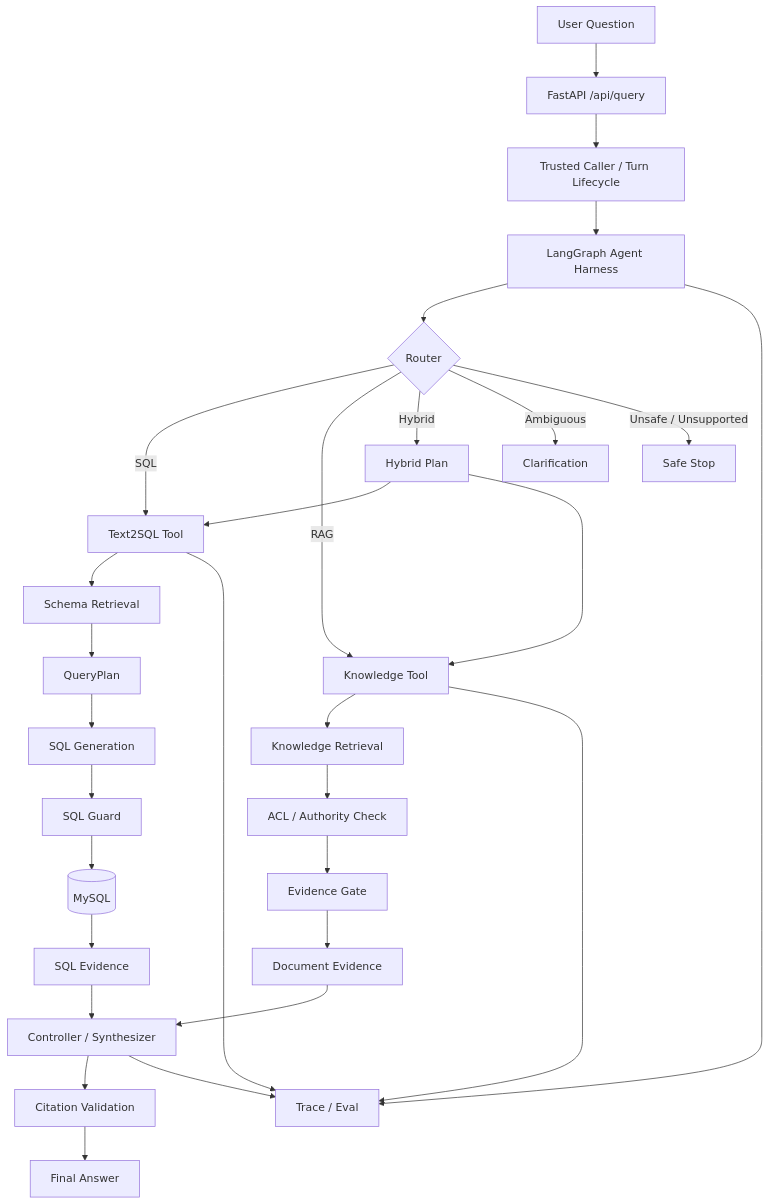
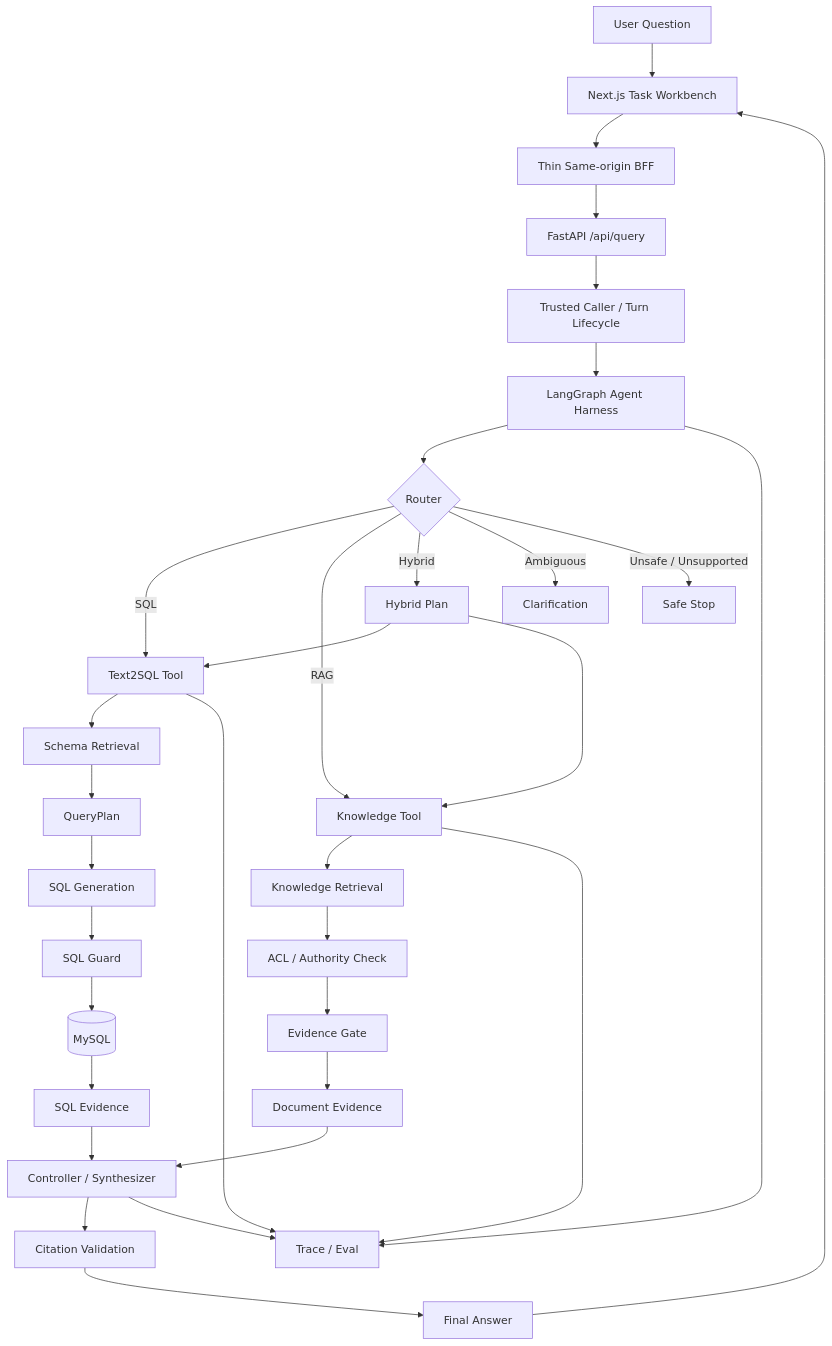
The diagram in README.md (Stephen2366/data-pilot), drawn with Mermaid before and after one commit. The commit also changed other lines of this file and 73 other files, not shown here.

````diff
--- a/README.md
+++ b/README.md
@@ -70,41 +74,44 @@
 ```mermaid
 flowchart TD
-    U[User Question] --> API[FastAPI /api/query]
+    U[User Question] --> WEB[Next.js Task Workbench]
+    WEB --> BFF[Thin Same-origin BFF]
+    BFF --> API[FastAPI /api/query]
 
     API --> C[Trusted Caller / Turn Lifecycle]
     C --> G[LangGraph Agent Harness]
 
     G --> R{Router}
 
     R -->|SQL| ST[Text2SQL Tool]
     R -->|RAG| KT[Knowledge Tool]
     R -->|Hybrid| HT[Hybrid Plan]
     R -->|Ambiguous| CL[Clarification]
     R -->|Unsafe / Unsupported| STOP[Safe Stop]
 
     ST --> SR[Schema Retrieval]
     SR --> QP[QueryPlan]
     QP --> SG[SQL Generation]
     SG --> GUARD[SQL Guard]
     GUARD --> DB[(MySQL)]
     DB --> SE[SQL Evidence]
 
     KT --> KR[Knowledge Retrieval]
     KR --> ACL[ACL / Authority Check]
     ACL --> EG[Evidence Gate]
     EG --> DE[Document Evidence]
 
     HT --> ST
     HT --> KT
 
     SE --> CTRL[Controller / Synthesizer]
     DE --> CTRL
 
     CTRL --> CV[Citation Validation]
     CV --> A[Final Answer]
+    A --> WEB
 
     G --> TRACE[Trace / Eval]
     ST --> TRACE
     KT --> TRACE
     CTRL --> TRACE
 ```
````
